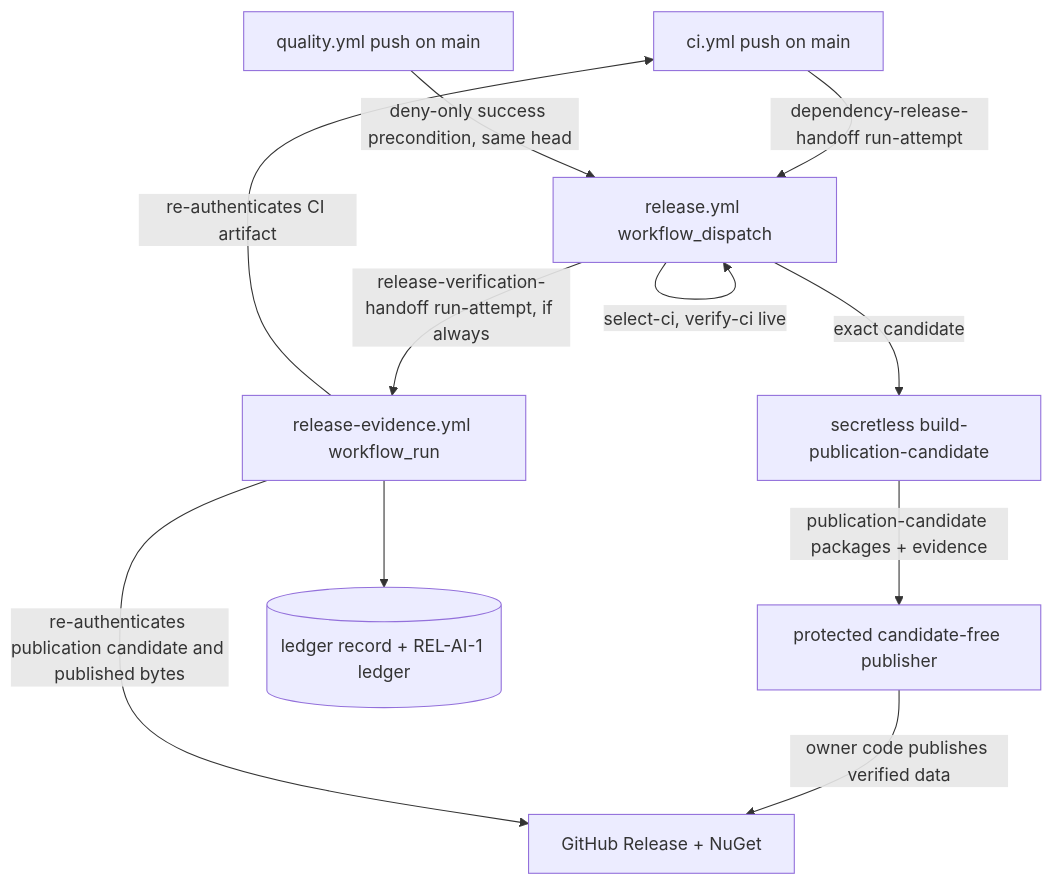
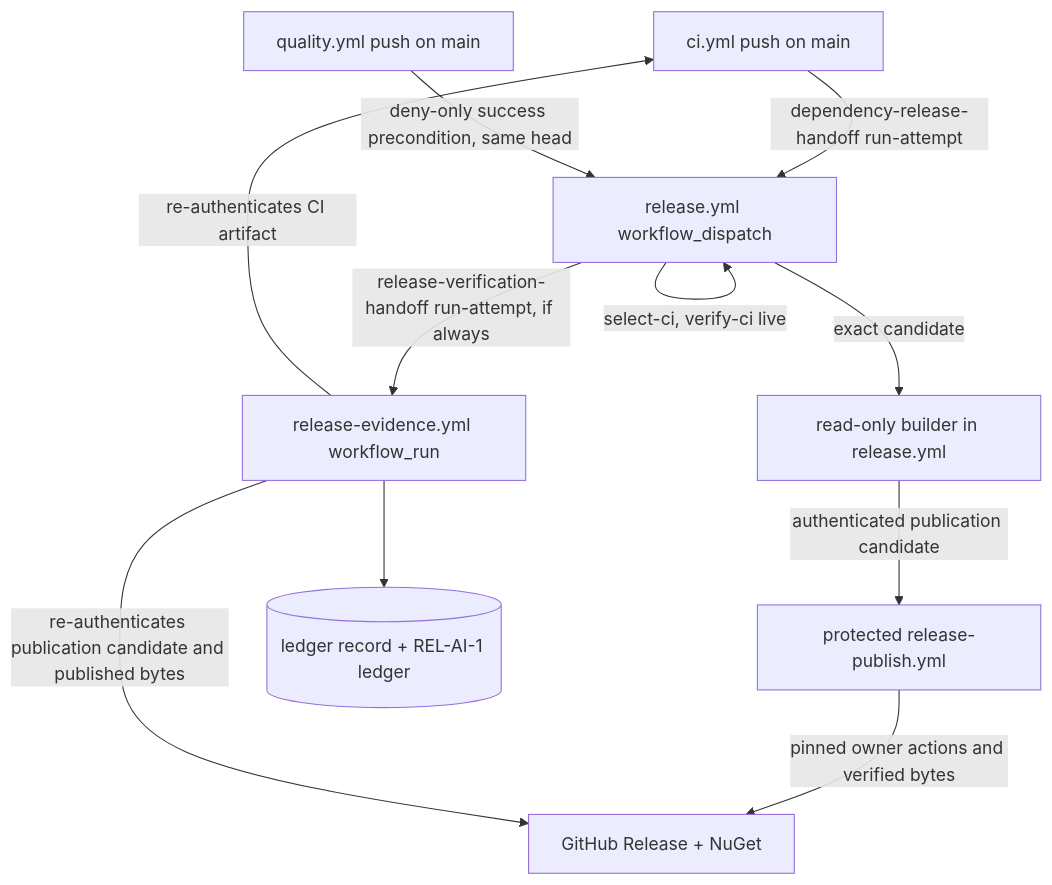
One commit to Hexalith/Hexalith.FrontComposer changed the third of 3 diagrams in _bmad-output/planning-artifacts/architecture/architecture-gov-1-2026-07-19/ARCHITECTURE-SPINE.md. Above: the diagram before and after it, drawn with Mermaid. The commit also changed other lines of this file and 8 other files, not shown here.

First line of the commit message:
docs(architecture): refresh FrontComposer architecture and record GOV-1 validation

````diff
--- a/_bmad-output/planning-artifacts/architecture/architecture-gov-1-2026-07-19/ARCHITECTURE-SPINE.md
+++ b/_bmad-output/planning-artifacts/architecture/architecture-gov-1-2026-07-19/ARCHITECTURE-SPINE.md
@@ -1228,13 +1134,13 @@
 ```mermaid
 flowchart TD
     CI[ci.yml push on main] -->|dependency-release-handoff run-attempt| REL[release.yml workflow_dispatch]
     Q[quality.yml push on main] -->|deny-only success precondition, same head| REL
     REL -->|select-ci, verify-ci live| REL
-    REL -->|exact candidate| B[secretless build-publication-candidate]
-    B -->|publication-candidate packages + evidence| PUB[protected candidate-free publisher]
-    PUB -->|owner code publishes verified data| EXT[GitHub Release + NuGet]
+    REL -->|exact candidate| B[read-only builder in release.yml]
+    B -->|authenticated publication candidate| PUB[protected release-publish.yml]
+    PUB -->|pinned owner actions and verified bytes| EXT[GitHub Release + NuGet]
     REL -->|release-verification-handoff run-attempt, if always| POST[release-evidence.yml workflow_run]
     POST -->|re-authenticates CI artifact| CI
     POST -->|re-authenticates publication candidate and published bytes| EXT
     POST --> LED[(ledger record + REL-AI-1 ledger)]
 ```
````
